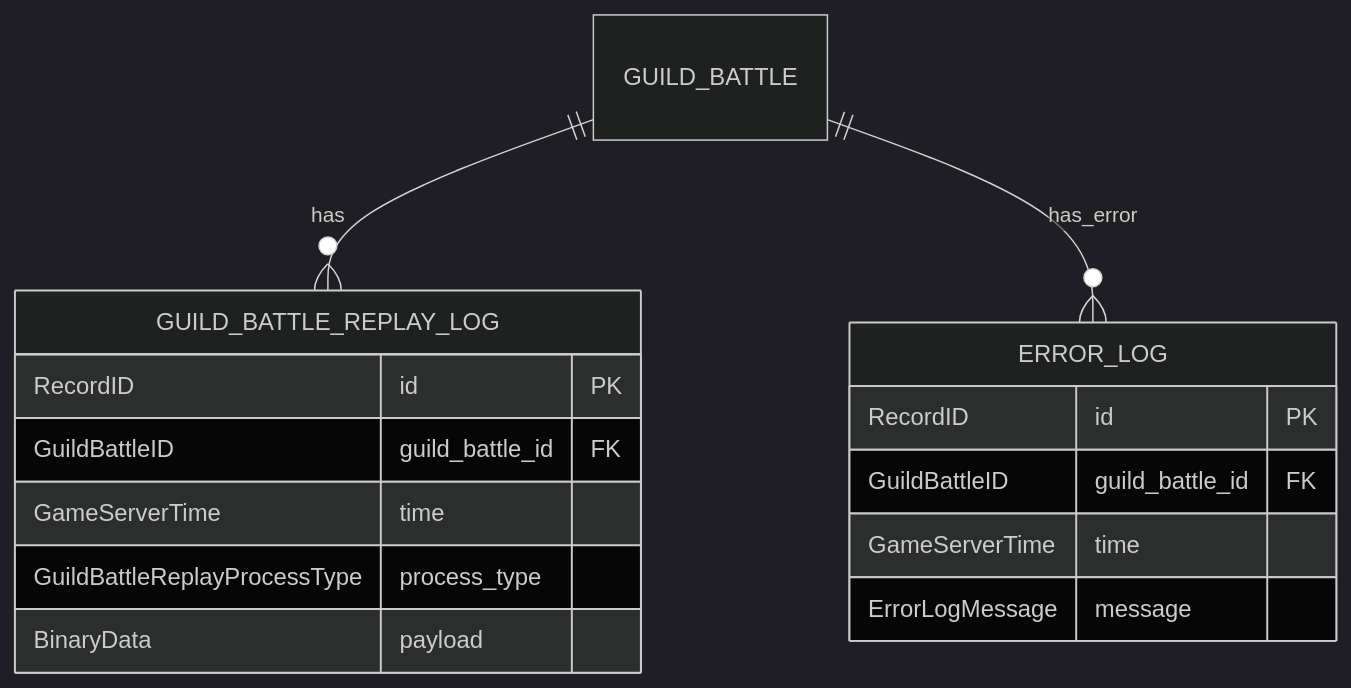
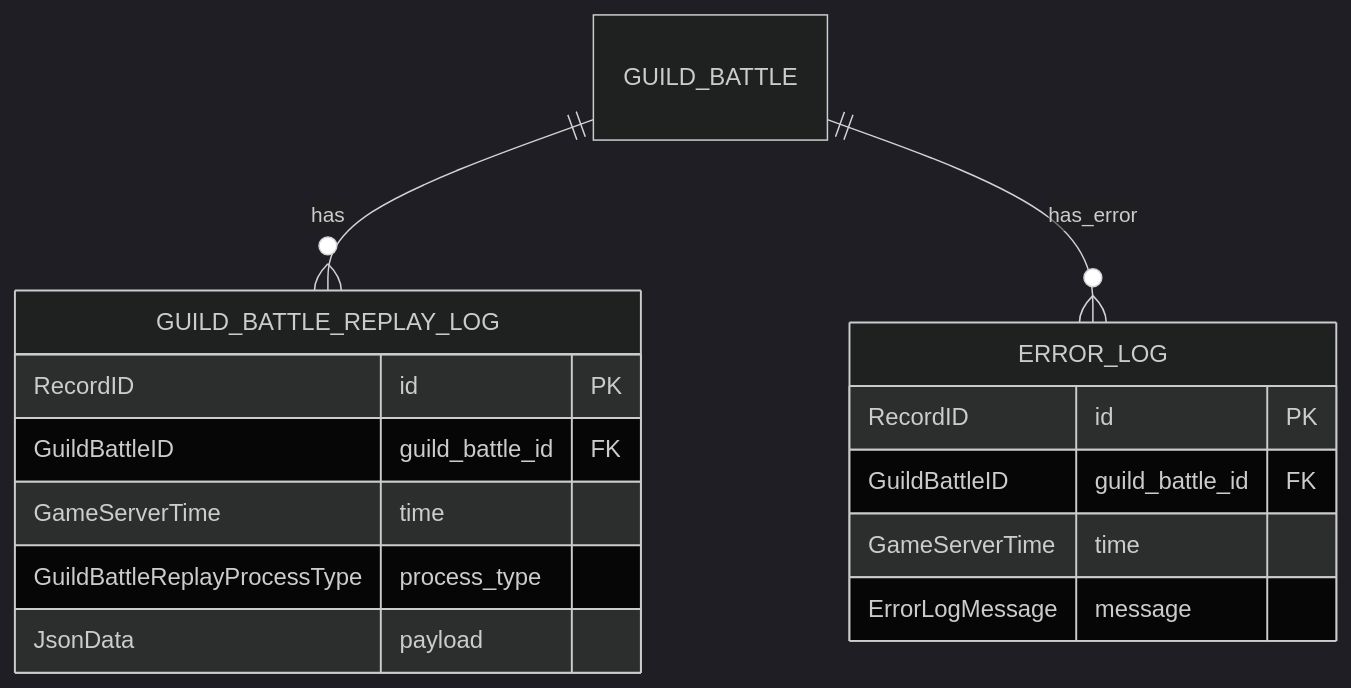
Before and after one commit to ReHydrangeaOdyssey/Specifications: the eighth of 8 diagrams in design/data_base.md, drawn with Mermaid (dark theme). The commit also changed other lines of this file and 19 other files, not shown here.

````diff
--- a/design/data_base.md
+++ b/design/data_base.md
@@ -322,20 +343,20 @@
 ```mermaid
 erDiagram
     GUILD_BATTLE_REPLAY_LOG {
         RecordID id PK
         GuildBattleID guild_battle_id FK
         GameServerTime time
         GuildBattleReplayProcessType process_type
-        BinaryData payload
+        JsonData payload
     }
 
     ERROR_LOG {
         RecordID id PK
         GuildBattleID guild_battle_id FK
         GameServerTime time
         ErrorLogMessage message
     }
 
     GUILD_BATTLE ||--o{ GUILD_BATTLE_REPLAY_LOG : has
     GUILD_BATTLE ||--o{ ERROR_LOG : has_error
 ```
````
